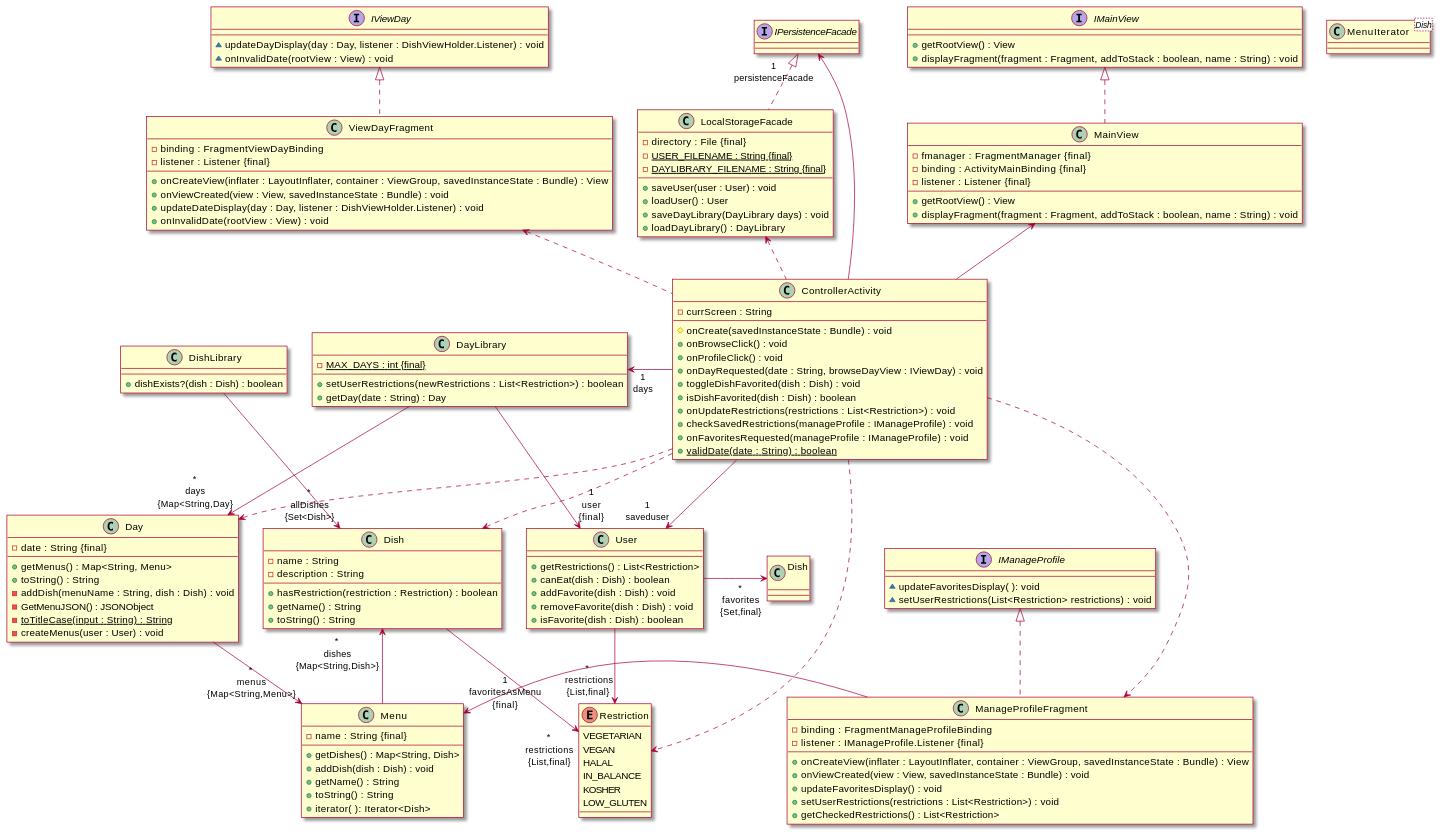
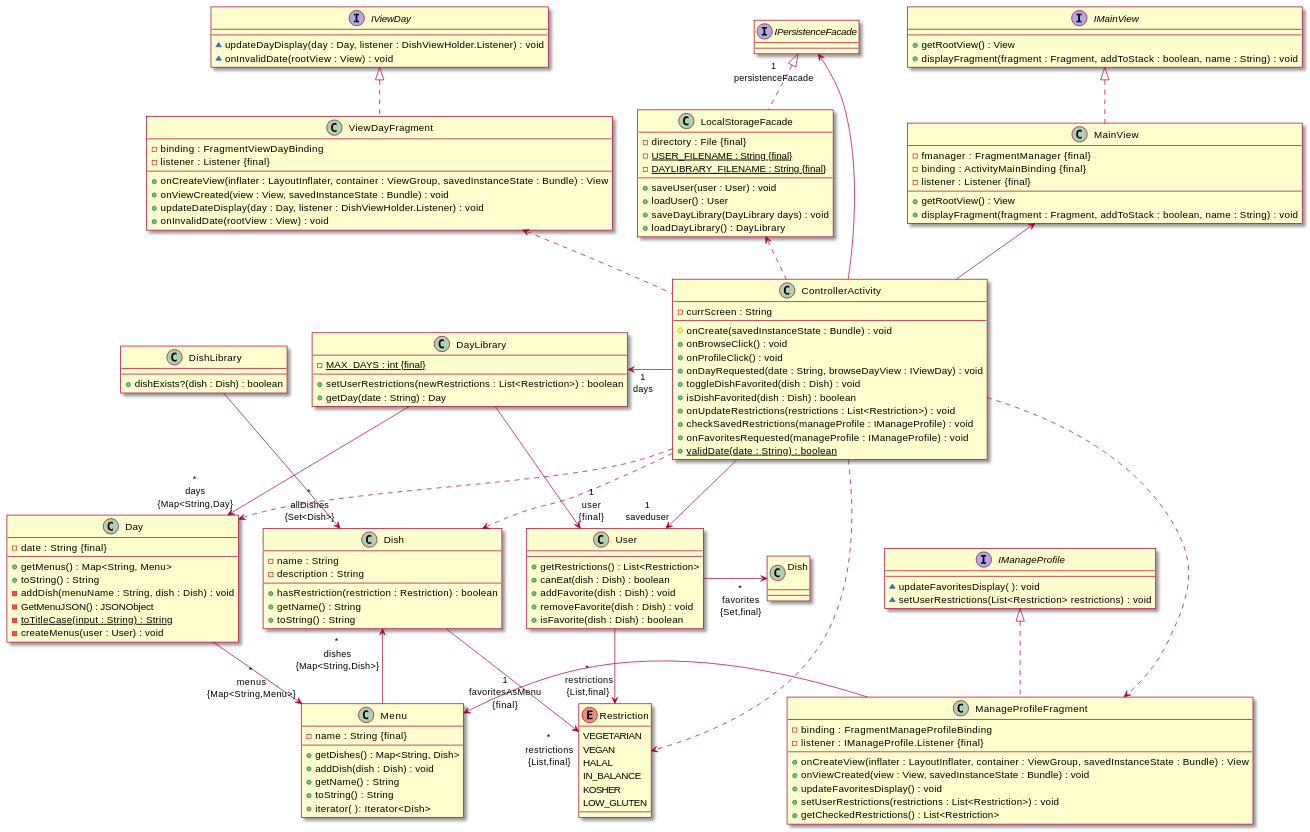
Before and after one commit to sashap100/Vassar-Dining-App: the first of 6 diagrams in intellij/doc/design.md, drawn with PlantUML. The commit also changed other lines of this file, not shown here.

Commit message:
Completed all sequence diagrams for current functionality

```diff
--- a/intellij/doc/design.md
+++ b/intellij/doc/design.md
@@ -49,9 +49,6 @@
     + getName() : String
     + toString() : String
     + iterator( ): Iterator<Dish>
-}
-class MenuIterator<Dish>{
-    'TODO add this
 }
 class Dish{
     - name : String
```
